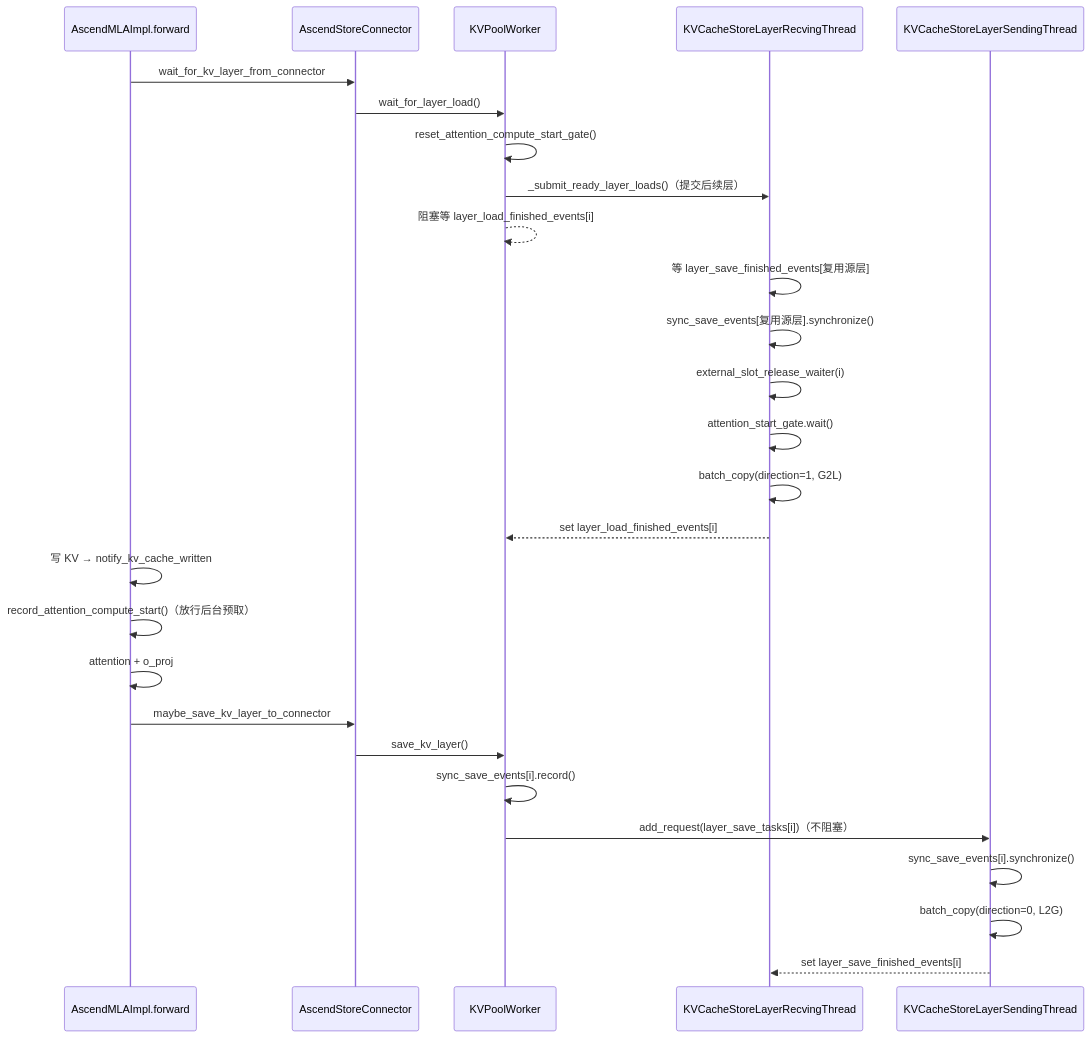
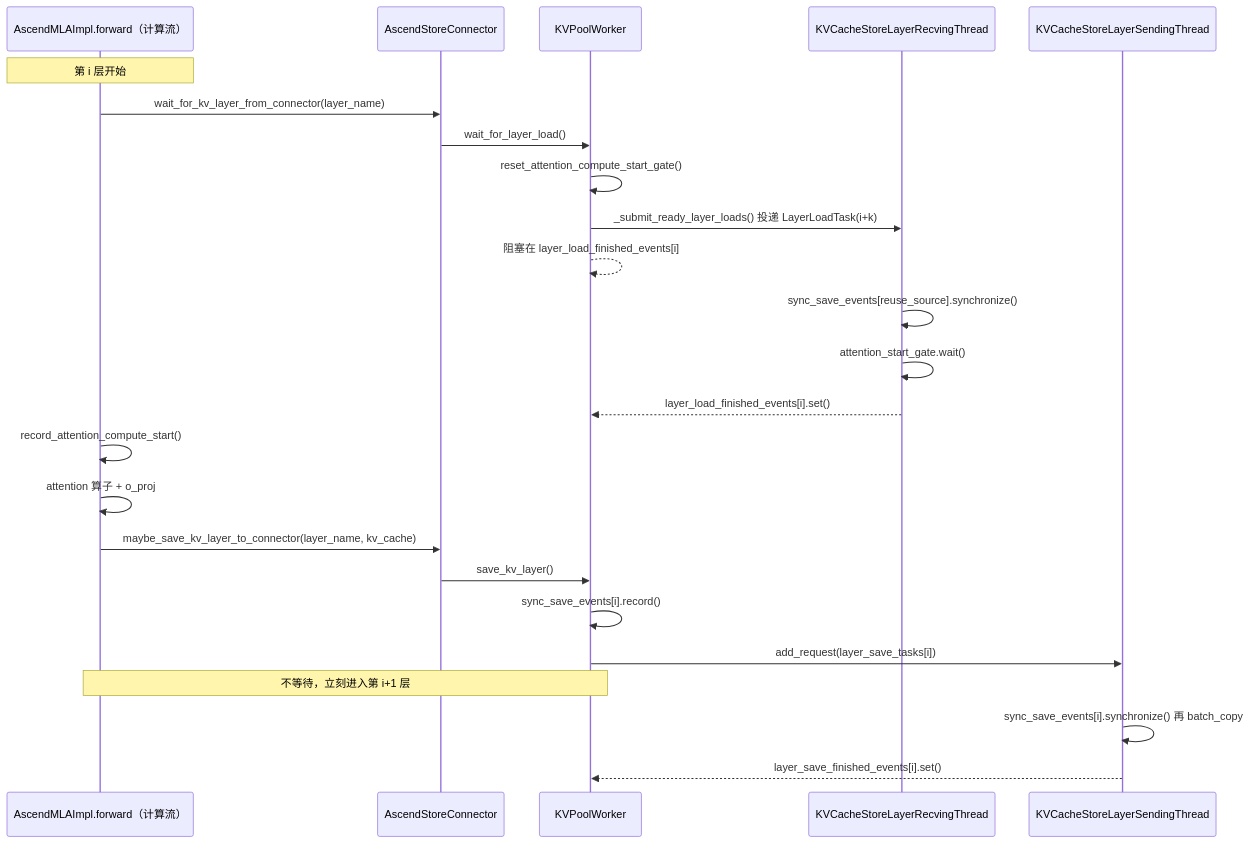
One commit to BailanCaptain/infer-lab changed the diagram in wiki/concepts/kv-cache-layerwise-offload.md. Above: the diagram before and after it, drawn with Mermaid. The commit also changed other lines of this file and 26 other files, not shown here.

````diff
--- a/wiki/concepts/kv-cache-layerwise-offload.md
+++ b/wiki/concepts/kv-cache-layerwise-offload.md
@@ -122,30 +73,27 @@
 ```mermaid
 sequenceDiagram
-    participant A as AscendMLAImpl.forward
-    participant C as AscendStoreConnector
-    participant W as KVPoolWorker
-    participant R as KVCacheStoreLayerRecvingThread
-    participant S as KVCacheStoreLayerSendingThread
+    participant Impl as AscendMLAImpl.forward（计算流）
+    participant Conn as AscendStoreConnector
+    participant Worker as KVPoolWorker
+    participant Recv as KVCacheStoreLayerRecvingThread
+    participant Send as KVCacheStoreLayerSendingThread
 
-    A->>C: wait_for_kv_layer_from_connector
-    C->>W: wait_for_layer_load()
-    W->>W: reset_attention_compute_start_gate()
-    W->>R: _submit_ready_layer_loads()（提交后续层）
-    W-->>W: 阻塞等 layer_load_finished_events[i]
-    R->>R: 等 layer_save_finished_events[复用源层]
-    R->>R: sync_save_events[复用源层].synchronize()
-    R->>R: external_slot_release_waiter(i)
-    R->>R: attention_start_gate.wait()
-    R->>R: batch_copy(direction=1, G2L)
-    R-->>W: set layer_load_finished_events[i]
-    A->>A: 写 KV → notify_kv_cache_written
-    A->>A: record_attention_compute_start()（放行后台预取）
-    A->>A: attention + o_proj
-    A->>C: maybe_save_kv_layer_to_connector
-    C->>W: save_kv_layer()
-    W->>W: sync_save_events[i].record()
-    W->>S: add_request(layer_save_tasks[i])（不阻塞）
-    S->>S: sync_save_events[i].synchronize()
-    S->>S: batch_copy(direction=0, L2G)
-    S-->>R: set layer_save_finished_events[i]
+    Note over Impl: 第 i 层开始
+    Impl->>Conn: wait_for_kv_layer_from_connector(layer_name)
+    Conn->>Worker: wait_for_layer_load()
+    Worker->>Worker: reset_attention_compute_start_gate()
+    Worker->>Recv: _submit_ready_layer_loads() 投递 LayerLoadTask(i+k)
+    Worker-->>Worker: 阻塞在 layer_load_finished_events[i]
+    Recv->>Recv: sync_save_events[reuse_source].synchronize()
+    Recv->>Recv: attention_start_gate.wait()
+    Recv-->>Worker: layer_load_finished_events[i].set()
+    Impl->>Impl: record_attention_compute_start()
+    Impl->>Impl: attention 算子 + o_proj
+    Impl->>Conn: maybe_save_kv_layer_to_connector(layer_name, kv_cache)
+    Conn->>Worker: save_kv_layer()
+    Worker->>Worker: sync_save_events[i].record()
+    Worker->>Send: add_request(layer_save_tasks[i])
+    Note over Worker,Impl: 不等待，立刻进入第 i+1 层
+    Send->>Send: sync_save_events[i].synchronize() 再 batch_copy
+    Send-->>Worker: layer_save_finished_events[i].set()
 ```
````
